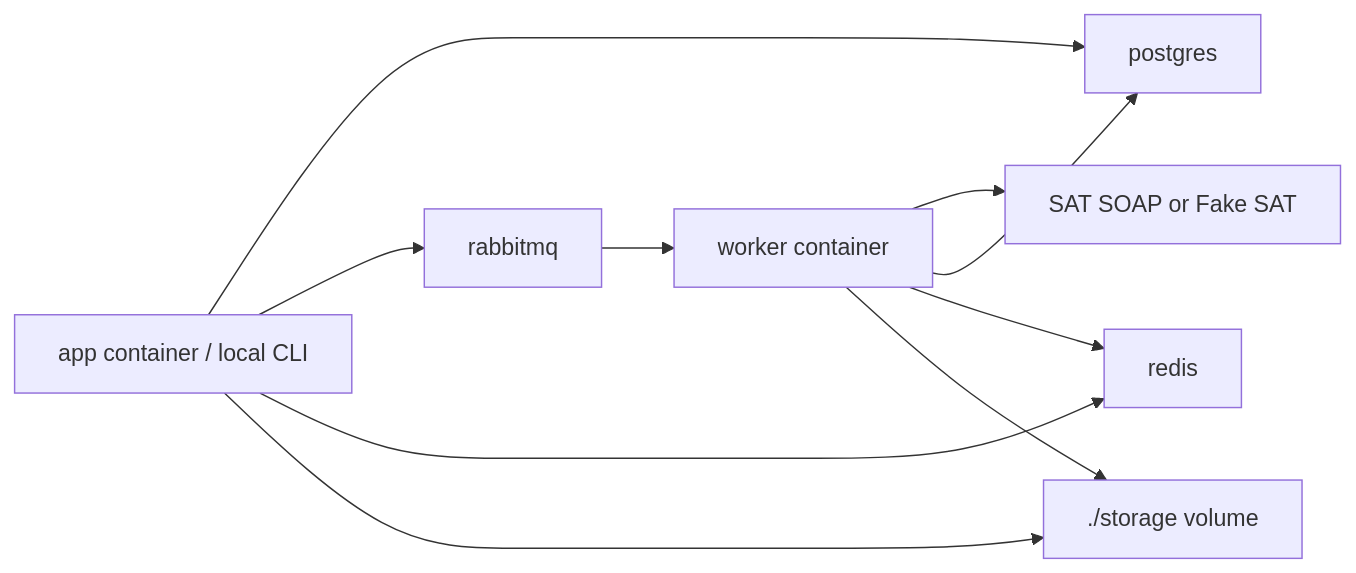
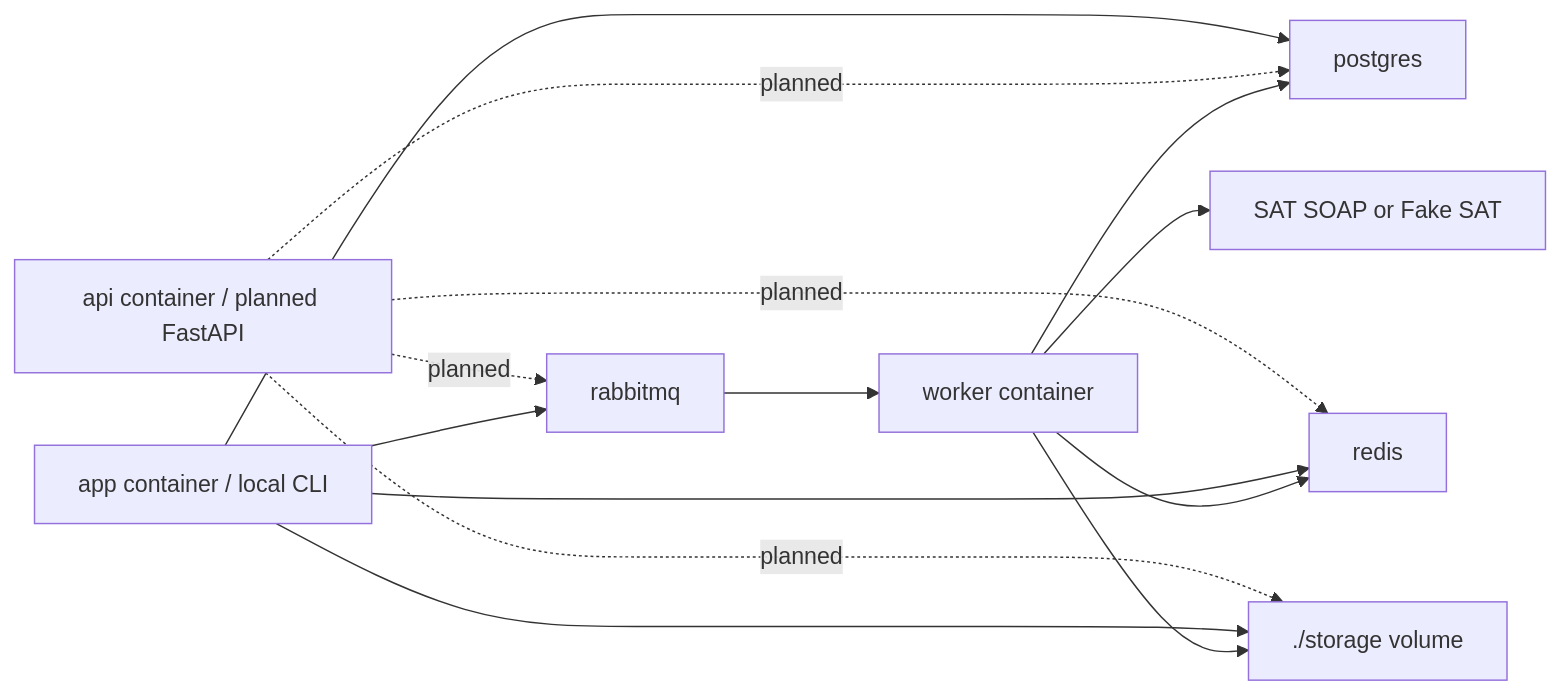
Before and after one commit to Crls8a/cfdi-vault-mx: the second of 3 diagrams in docs/foundation/architecture-blueprint.md, drawn with Mermaid. The commit also changed other lines of this file and 27 other files, not shown here.

Commit message:
docs(architecture): document postgres queue api contract

````diff
--- a/docs/foundation/architecture-blueprint.md
+++ b/docs/foundation/architecture-blueprint.md
@@ -23,12 +25,16 @@
 ```mermaid
 flowchart LR
     CLI["app container / local CLI"] --> PG["postgres"]
-    CLI --> MQ["rabbitmq"]
-    CLI --> Redis["redis"]
-    CLI --> Storage["./storage volume"]
+    API["api container / planned FastAPI"] -. planned .-> PG
+    API -. planned .-> MQ["rabbitmq"]
+    API -. planned .-> Redis["redis"]
+    API -. planned .-> Storage["./storage volume"]
+    CLI --> MQ
+    CLI --> Redis
+    CLI --> Storage
     MQ --> Worker["worker container"]
     Worker --> SAT["SAT SOAP or Fake SAT"]
     Worker --> PG
     Worker --> Redis
     Worker --> Storage
 ```
````
